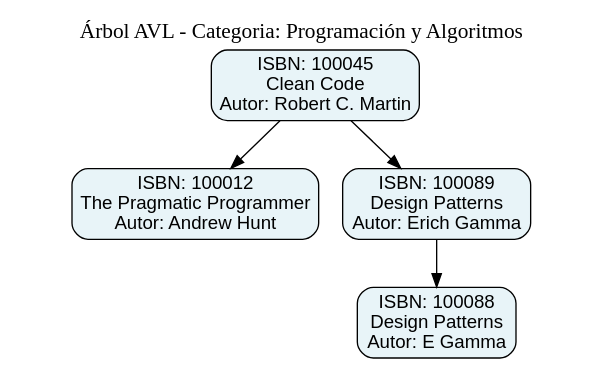
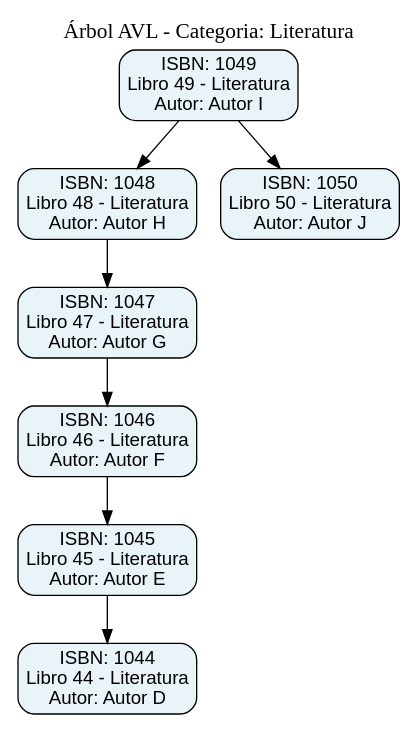
Before and after one commit to 4064998100101-cell/IPC2_Proy02_202602_202504191: the diagram in Proyecto2/wwwroot/avl_temp.dot, drawn with Graphviz. The commit also changed 3 other files, not shown here.

```diff
--- a/Proyecto2/wwwroot/avl_temp.dot
+++ b/Proyecto2/wwwroot/avl_temp.dot
@@ -1,14 +1,20 @@
 digraph AVL {
   node [shape=box, style="rounded,filled", fillcolor="#e8f4f8", fontname="Arial"];
   edge [fontname="Arial"];
-  label="Árbol AVL - Categoria: Programación y Algoritmos\n";
+  label="Árbol AVL - Categoria: Literatura\n";
   labelloc="top";
   fontsize=16;
-  isbn_100045 [label="ISBN: 100045\nClean Code\nAutor: Robert C. Martin"];
-  isbn_100045 -> isbn_100012;
-  isbn_100012 [label="ISBN: 100012\nThe Pragmatic Programmer\nAutor: Andrew Hunt"];
-  isbn_100045 -> isbn_100089;
-  isbn_100089 [label="ISBN: 100089\nDesign Patterns\nAutor: Erich Gamma"];
-  isbn_100089 -> isbn_100088;
-  isbn_100088 [label="ISBN: 100088\nDesign Patterns\nAutor: E Gamma"];
+  isbn_1049 [label="ISBN: 1049\nLibro 49 - Literatura\nAutor: Autor I"];
+  isbn_1049 -> isbn_1048;
+  isbn_1048 [label="ISBN: 1048\nLibro 48 - Literatura\nAutor: Autor H"];
+  isbn_1048 -> isbn_1047;
+  isbn_1047 [label="ISBN: 1047\nLibro 47 - Literatura\nAutor: Autor G"];
+  isbn_1047 -> isbn_1046;
+  isbn_1046 [label="ISBN: 1046\nLibro 46 - Literatura\nAutor: Autor F"];
+  isbn_1046 -> isbn_1045;
+  isbn_1045 [label="ISBN: 1045\nLibro 45 - Literatura\nAutor: Autor E"];
+  isbn_1045 -> isbn_1044;
+  isbn_1044 [label="ISBN: 1044\nLibro 44 - Literatura\nAutor: Autor D"];
+  isbn_1049 -> isbn_1050;
+  isbn_1050 [label="ISBN: 1050\nLibro 50 - Literatura\nAutor: Autor J"];
 }
```
